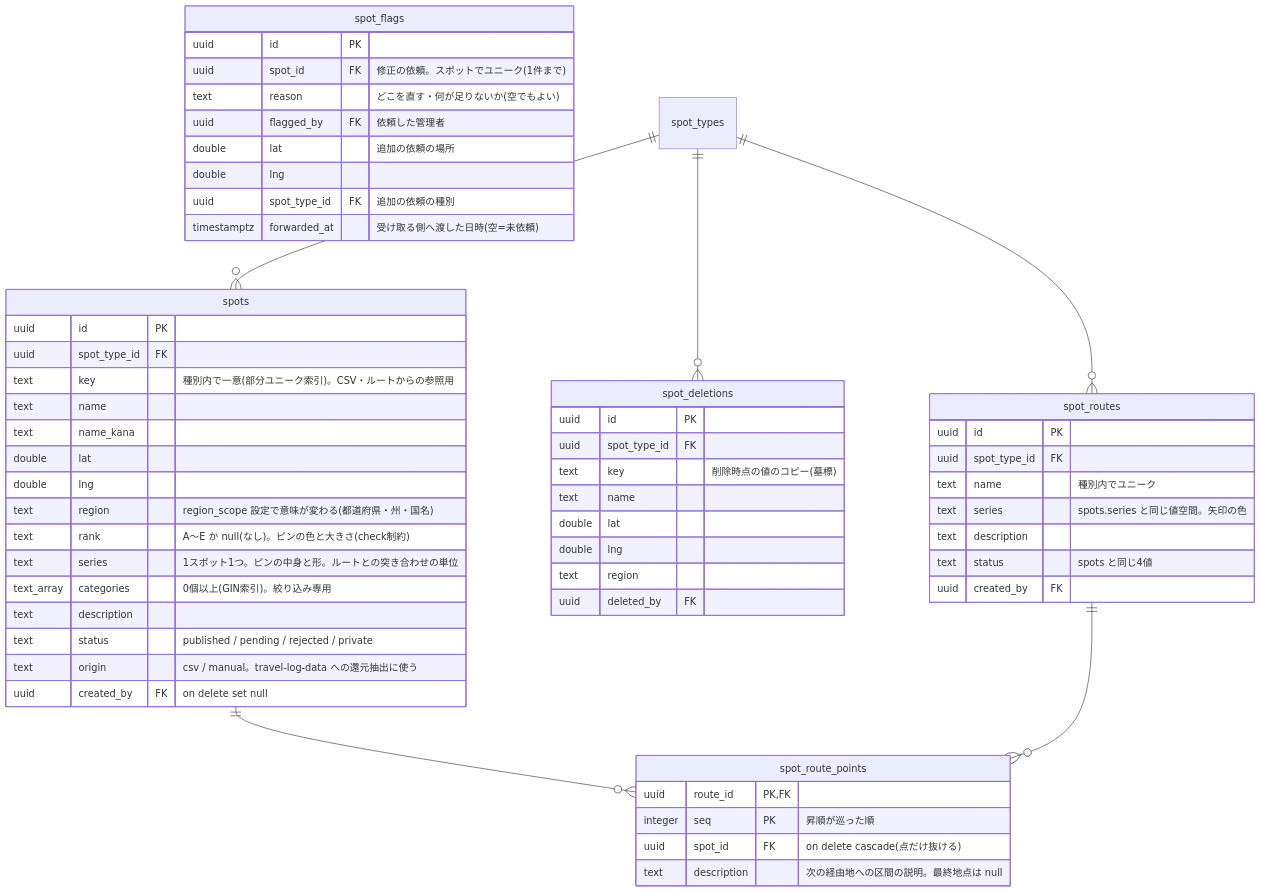
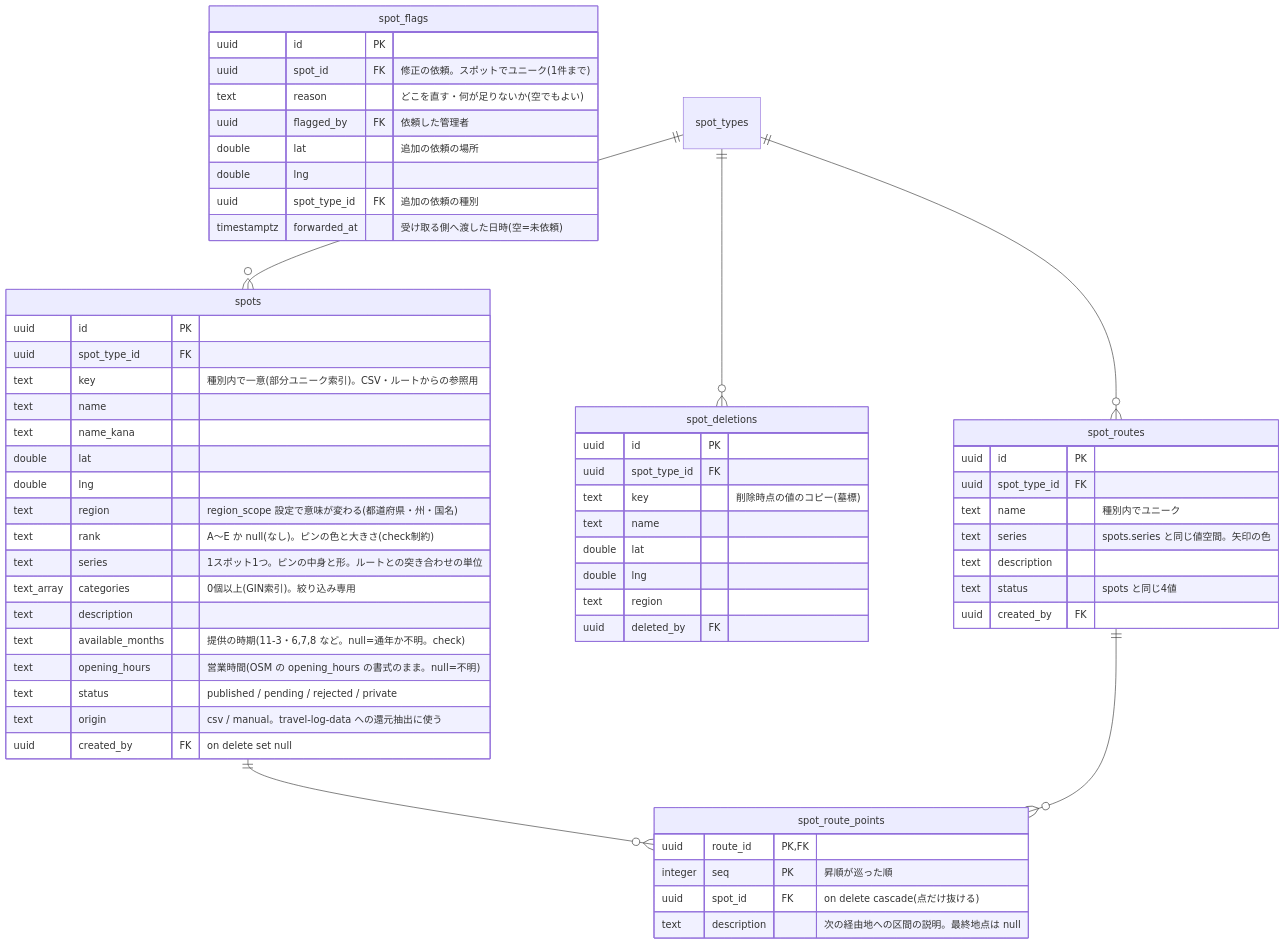
One commit to rtcode337/travel-log changed the fourth of 5 diagrams in docs/database.md. Above: the diagram before and after it, drawn with Mermaid. The commit also changed other lines of this file and 32 other files, not shown here.

````diff
--- a/docs/database.md
+++ b/docs/database.md
@@ -154,60 +154,62 @@
 ```mermaid
 erDiagram
     spots {
         uuid id PK
         uuid spot_type_id FK
         text key "種別内で一意(部分ユニーク索引)。CSV・ルートからの参照用"
         text name
         text name_kana
         double lat
         double lng
         text region "region_scope 設定で意味が変わる(都道府県・州・国名)"
         text rank "A〜E か null(なし)。ピンの色と大きさ(check制約)"
         text series "1スポット1つ。ピンの中身と形。ルートとの突き合わせの単位"
         text_array categories "0個以上(GIN索引)。絞り込み専用"
         text description
+        text available_months "提供の時期(11-3・6,7,8 など。null=通年か不明。check)"
+        text opening_hours "営業時間(OSM の opening_hours の書式のまま。null=不明)"
         text status "published / pending / rejected / private"
         text origin "csv / manual。travel-log-data への還元抽出に使う"
         uuid created_by FK "on delete set null"
     }
     spot_deletions {
         uuid id PK
         uuid spot_type_id FK
         text key "削除時点の値のコピー(墓標)"
         text name
         double lat
         double lng
         text region
         uuid deleted_by FK
     }
     spot_flags {
         uuid id PK
         uuid spot_id FK "修正の依頼。スポットでユニーク(1件まで)"
         text reason "どこを直す・何が足りないか(空でもよい)"
         uuid flagged_by FK "依頼した管理者"
         double lat "追加の依頼の場所"
         double lng
         uuid spot_type_id FK "追加の依頼の種別"
         timestamptz forwarded_at "受け取る側へ渡した日時(空=未依頼)"
     }
     spot_routes {
         uuid id PK
         uuid spot_type_id FK
         text name "種別内でユニーク"
         text series "spots.series と同じ値空間。矢印の色"
         text description
         text status "spots と同じ4値"
         uuid created_by FK
     }
     spot_route_points {
         uuid route_id PK, FK
         integer seq PK "昇順が巡った順"
         uuid spot_id FK "on delete cascade(点だけ抜ける)"
         text description "次の経由地への区間の説明。最終地点は null"
     }
     spot_types ||--o{ spots : ""
     spot_types ||--o{ spot_deletions : ""
     spot_types ||--o{ spot_routes : ""
     spots ||--o{ spot_route_points : ""
     spot_routes ||--o{ spot_route_points : ""
 ```
````
